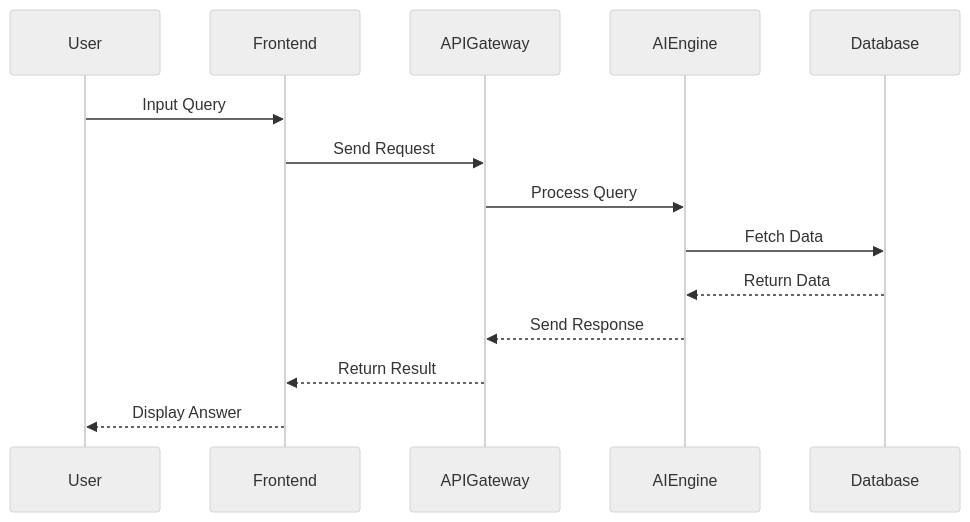
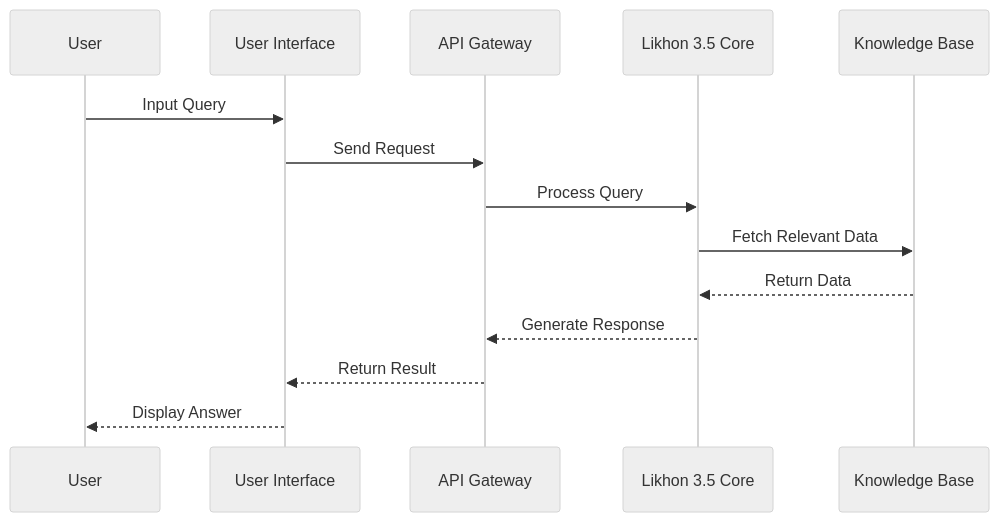
One commit to nectariferous/likhon-3.5 changed the second of 6 diagrams in README.md. Above: the diagram before and after it, drawn with Mermaid (neutral theme). The commit also changed other lines of this file, not shown here.

````diff
--- a/README.md
+++ b/README.md
@@ -92,17 +72,17 @@
 ```mermaid
 sequenceDiagram
     participant User
-    participant Frontend
-    participant APIGateway
-    participant AIEngine
-    participant Database
+    participant UI as User Interface
+    participant API as API Gateway
+    participant L3.5 as Likhon 3.5 Core
+    participant KB as Knowledge Base
 
-    User->>Frontend: Input Query
-    Frontend->>APIGateway: Send Request
-    APIGateway->>AIEngine: Process Query
-    AIEngine->>Database: Fetch Data
-    Database-->>AIEngine: Return Data
-    AIEngine-->>APIGateway: Send Response
-    APIGateway-->>Frontend: Return Result
-    Frontend-->>User: Display Answer
+    User->>UI: Input Query
+    UI->>API: Send Request
+    API->>L3.5: Process Query
+    L3.5->>KB: Fetch Relevant Data
+    KB-->>L3.5: Return Data
+    L3.5-->>API: Generate Response
+    API-->>UI: Return Result
+    UI-->>User: Display Answer
 ```
````
